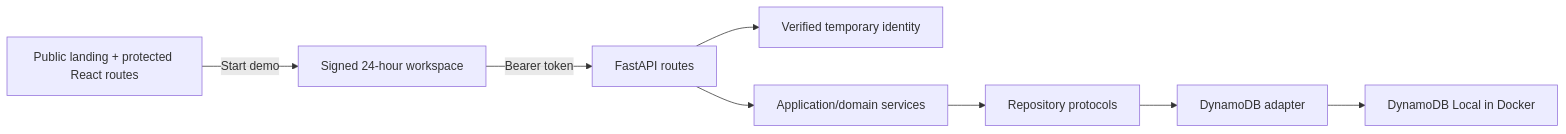
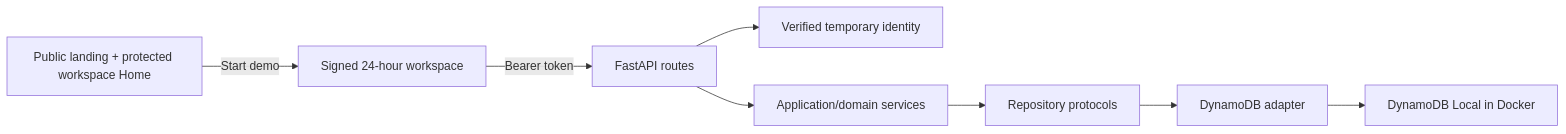
Before and after one commit to xiolest1/HireFlux: the first of 2 diagrams in docs/architecture.md, drawn with Mermaid. The commit also changed other lines of this file and 86 other files, not shown here.

````diff
--- a/docs/architecture.md
+++ b/docs/architecture.md
@@ -11,10 +11,10 @@
 ```mermaid
 flowchart LR
-    Browser["Public landing + protected React routes"] -->|"Start demo"| Session["Signed 24-hour workspace"]
+    Browser["Public landing + protected workspace Home"] -->|"Start demo"| Session["Signed 24-hour workspace"]
     Session -->|"Bearer token"| API["FastAPI routes"]
     API --> Auth["Verified temporary identity"]
     API --> Services["Application/domain services"]
     Services --> Ports["Repository protocols"]
     Ports --> Adapter["DynamoDB adapter"]
     Adapter --> LocalDB["DynamoDB Local in Docker"]
 ```
````
